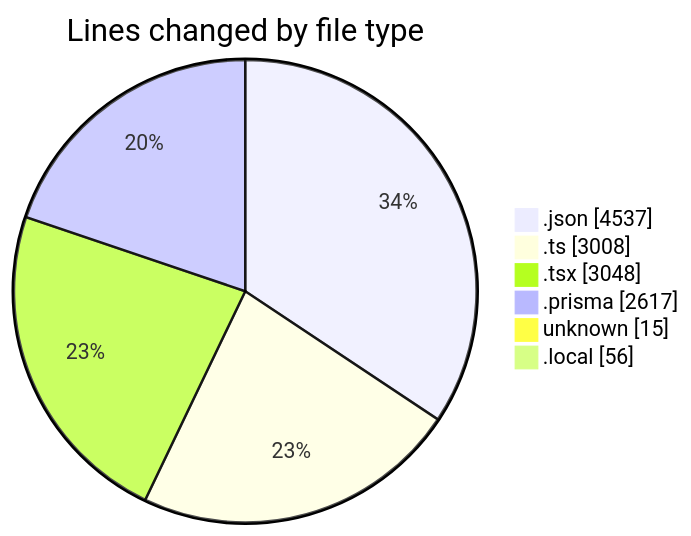
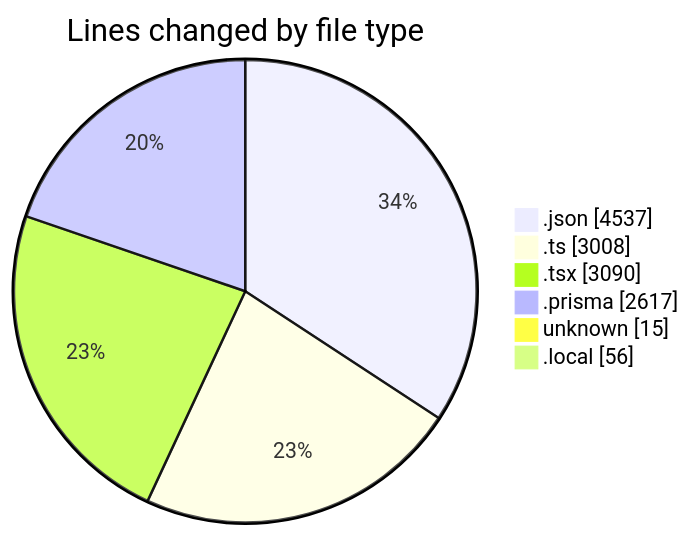
The first of 2 diagrams in 2025-05-15/ecodeli-1/README.md (CELIANVF/code-tracking), drawn with Mermaid before and after one commit. The commit also changed other lines of this file and 1 other file, not shown here.

````diff
--- a/2025-05-15/ecodeli-1/README.md
+++ b/2025-05-15/ecodeli-1/README.md
@@ -42,10 +42,10 @@
 ```mermaid
 pie showData
 title Lines changed by file type
 ".json" : 4537
 ".ts" : 3008
-".tsx" : 3048
+".tsx" : 3090
 ".prisma" : 2617
 "unknown" : 15
 ".local" : 56
 ```
````
